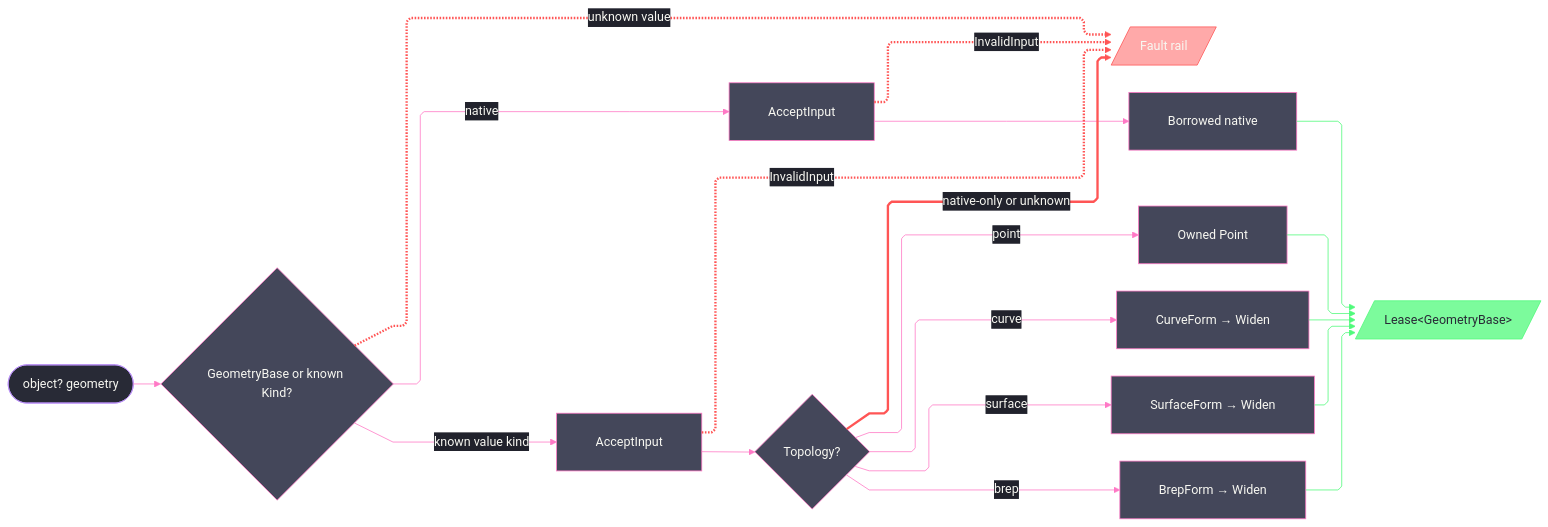
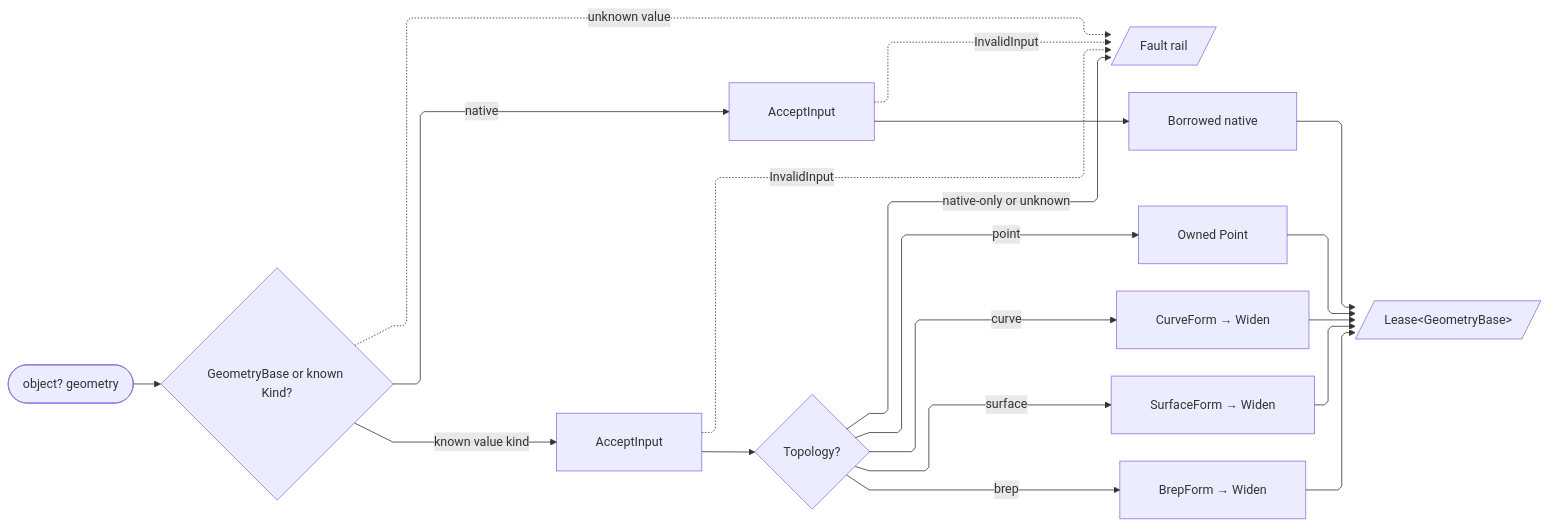
Before and after one commit to bsamiee/Rasm: the diagram in libs/csharp/Rasm/.planning/Domain/normalization.md, drawn with Mermaid. The commit also changed 324 other files, not shown here.

````diff
--- a/libs/csharp/Rasm/.planning/Domain/normalization.md
+++ b/libs/csharp/Rasm/.planning/Domain/normalization.md
@@ -462,56 +462,30 @@
 ```mermaid
 ---
 config:
-  theme: base
-  look: classic
   layout: elk
   flowchart:
     curve: linear
     padding: 25
-  themeVariables:
-    darkMode: true
-    fontFamily: "SF Mono, Menlo, Cascadia Mono, Segoe UI Mono, Consolas, monospace"
-    useGradient: false
-    dropShadow: "none"
-    background: "#282A36"
-    primaryColor: "#44475A"
-    primaryTextColor: "#F8F8F2"
-    primaryBorderColor: "#BD93F9"
-    lineColor: "#FF79C6"
-    textColor: "#F8F8F2"
-    edgeLabelBackground: "#21222C"
-    labelBackgroundColor: "#21222C"
-  themeCSS: ".nodeLabel{font-size:13px;font-weight:500}.edgeLabel{font-size:12px;font-weight:500}.cluster-label .nodeLabel{font-size:13.5px;font-weight:700;letter-spacing:.08em}.edge-thickness-normal{stroke-width:2px}.edge-thickness-thick{stroke-width:3px}.edge-pattern-dashed,.edge-pattern-dotted{stroke-width:1.5px;stroke-dasharray:4 6}.node rect,.node circle,.node polygon,.node path,.node .outer-path{stroke-width:1.5px;filter:none!important}.cluster rect{stroke-width:1px!important;stroke-dasharray:5 4!important;filter:none!important}.marker path{transform:scale(.8);transform-origin:5px 5px}.marker circle{transform:scale(.48);transform-origin:5px 5px}.edgeLabel rect{transform-box:fill-box;transform-origin:center;transform:scale(1.1,1.2)}"
 ---
 flowchart LR
     accTitle: GeometryForm normalization dispatch
     accDescr: One admitted geometry value dispatches by native shape or derived topology into borrowed or owned form leases, while invalid and unsupported inputs converge on the typed fault rail.
     Raw(["object? geometry"]) --> Classify{"GeometryBase or known Kind?"}
     Classify -->|native| NativeAdmit[AcceptInput]
     Classify -->|known value kind| ValueAdmit[AcceptInput]
     Classify -.->|unknown value| Fault[/Fault rail/]
     NativeAdmit -.->|InvalidInput| Fault
     NativeAdmit --> Borrowed[Borrowed native]
     ValueAdmit -.->|InvalidInput| Fault
     ValueAdmit --> Dispatch{"Topology?"}
     Dispatch -->|point| Point[Owned Point]
     Dispatch -->|curve| Curve[CurveForm → Widen]
     Dispatch -->|surface| Surface[SurfaceForm → Widen]
     Dispatch -->|brep| Brep[BrepForm → Widen]
     Dispatch -->|native-only or unknown| Fault
     Borrowed --> GeometryLease[/"Lease&lt;GeometryBase&gt;"/]
     Point --> GeometryLease
     Curve --> GeometryLease
     Surface --> GeometryLease
     Brep --> GeometryLease
-    linkStyle 3,4,6,12 stroke:#FF5555,stroke-width:3px,color:#F8F8F2
-    linkStyle 13,14,15,16,17 stroke:#50FA7B,color:#F8F8F2
-    classDef primary fill:#44475A,stroke:#FF79C6,color:#F8F8F2
-    classDef success fill:#50FA7BBF,stroke:#50FA7B,color:#282A36
-    classDef error fill:#FF555580,stroke:#FF5555,color:#F8F8F2
-    classDef boundary fill:#282A36,stroke:#BD93F9,color:#F8F8F2
-    class Classify,NativeAdmit,ValueAdmit,Dispatch,Borrowed,Point,Curve,Surface,Brep primary
-    class GeometryLease success
-    class Fault error
-    class Raw boundary
 ```
````
